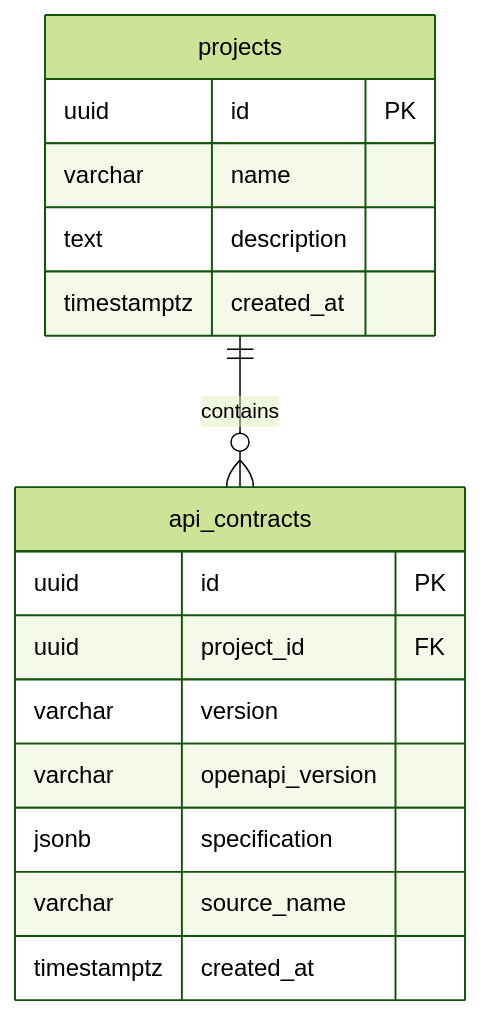
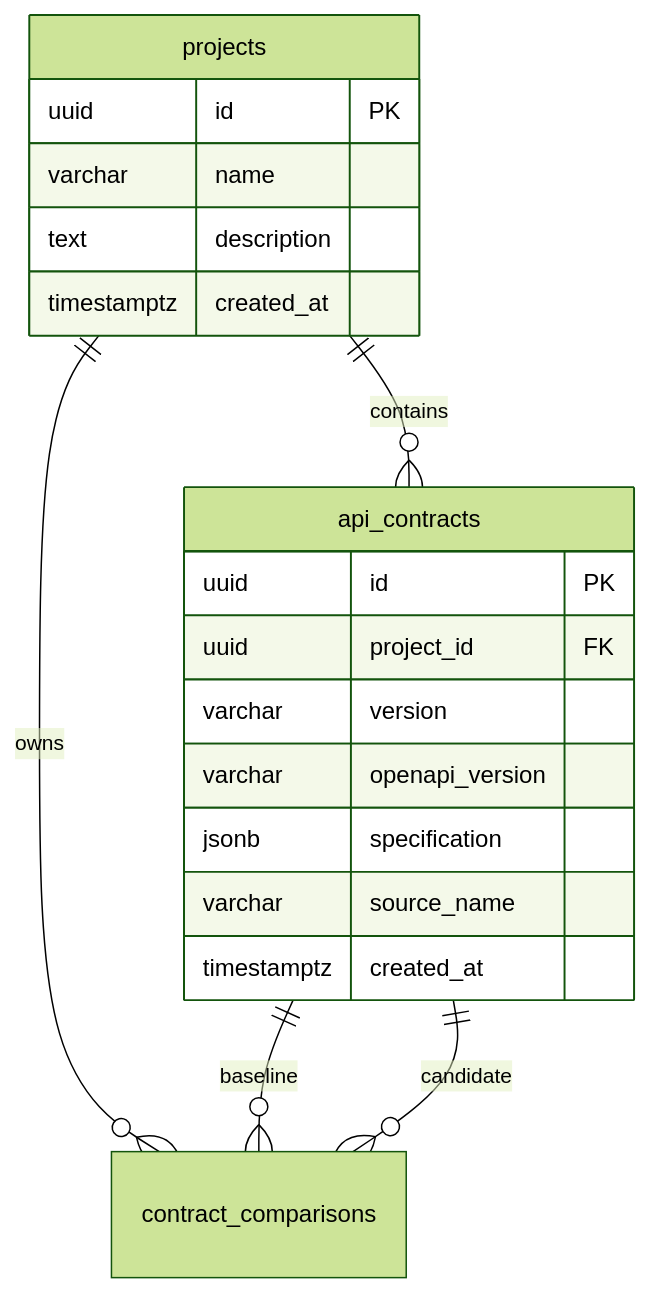
Before and after one commit to r-kovalenko/api-contract-copilot: the diagram in README.md, drawn with Mermaid (forest theme). The commit also changed other lines of this file and 16 other files, not shown here.

First line of the commit message:
feat: persist and expose project-scoped contract comparisons (#108)

````diff
--- a/README.md
+++ b/README.md
@@ -62,19 +63,22 @@
 ```mermaid
 erDiagram
     projects ||--o{ api_contracts : contains
+    projects ||--o{ contract_comparisons : owns
+    api_contracts ||--o{ contract_comparisons : baseline
+    api_contracts ||--o{ contract_comparisons : candidate
     projects {
         uuid id PK
         varchar name
         text description
         timestamptz created_at
     }
     api_contracts {
         uuid id PK
         uuid project_id FK
         varchar version
         varchar openapi_version
         jsonb specification
         varchar source_name
         timestamptz created_at
     }
 ```
````
